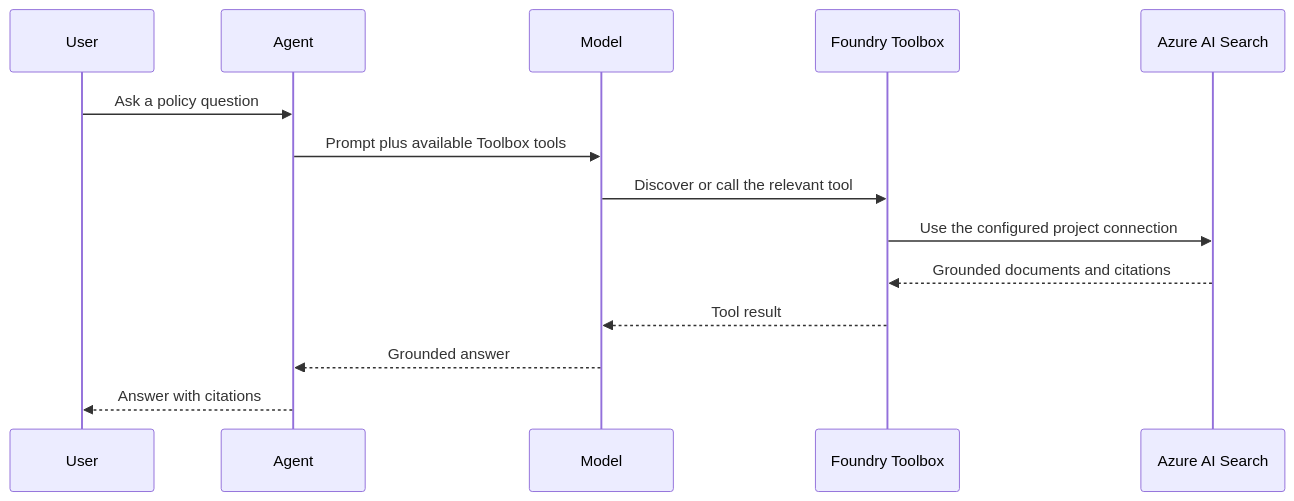
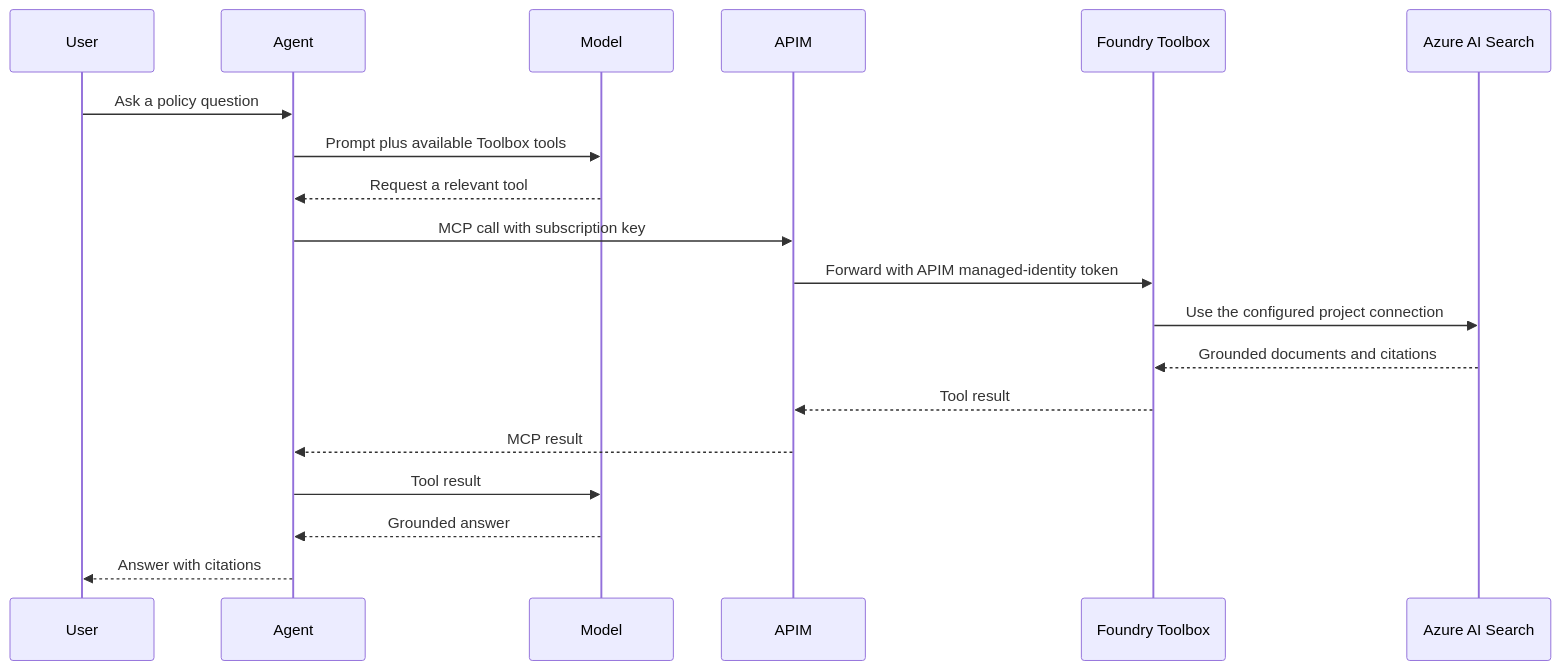
Before and after one commit to sibamoussa/citadel-toolbox-addon: the second of 2 diagrams in README.md, drawn with Mermaid. The commit also changed other lines of this file and 7 other files, not shown here.

Commit message:
Connect Python agent example to Toolbox through APIM

````diff
--- a/README.md
+++ b/README.md
@@ -449,16 +458,21 @@
 ```mermaid
 sequenceDiagram
     participant User
     participant Agent
     participant Model
+    participant APIM
     participant Toolbox as Foundry Toolbox
     participant Search as Azure AI Search
     User->>Agent: Ask a policy question
     Agent->>Model: Prompt plus available Toolbox tools
-    Model->>Toolbox: Discover or call the relevant tool
+    Model-->>Agent: Request a relevant tool
+    Agent->>APIM: MCP call with subscription key
+    APIM->>Toolbox: Forward with APIM managed-identity token
     Toolbox->>Search: Use the configured project connection
     Search-->>Toolbox: Grounded documents and citations
-    Toolbox-->>Model: Tool result
+    Toolbox-->>APIM: Tool result
+    APIM-->>Agent: MCP result
+    Agent->>Model: Tool result
     Model-->>Agent: Grounded answer
     Agent-->>User: Answer with citations
 ```
````
